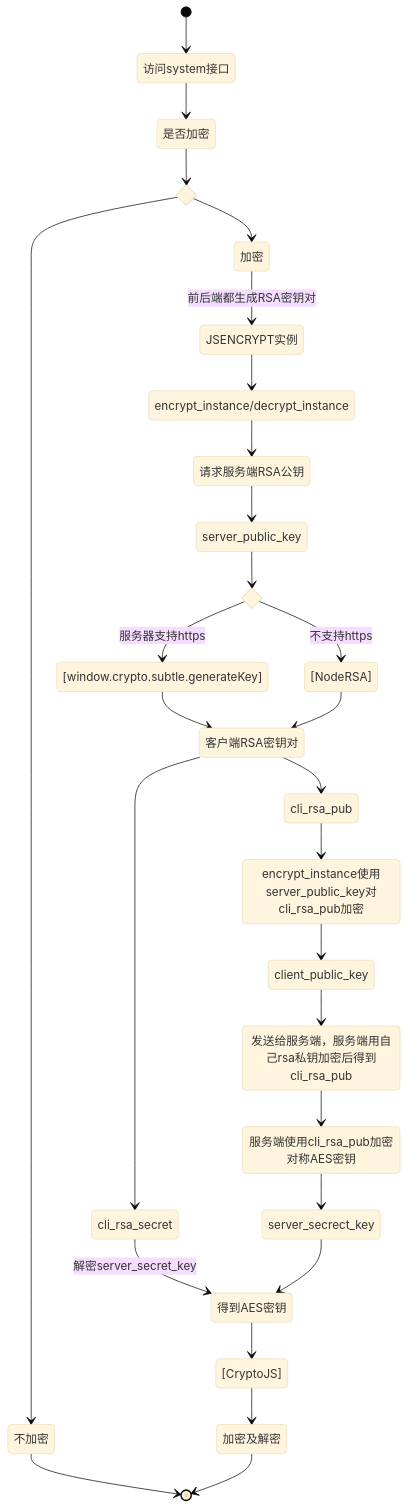
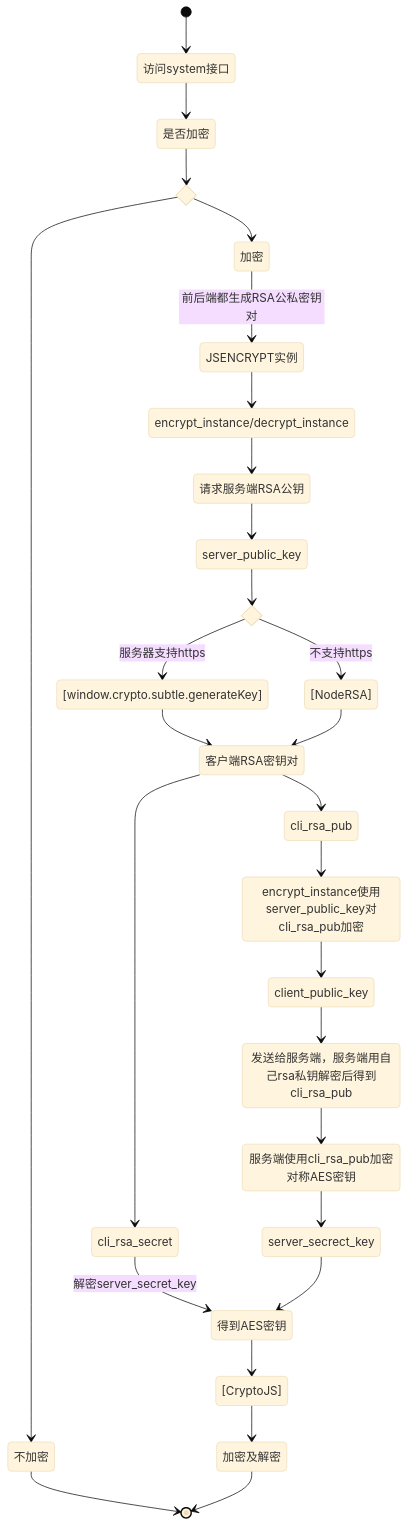
One commit to Tatekii/Siyn-s-Space changed the diagram in 面试/项目问题/通信加密.md. Above: the diagram before and after it, drawn with Mermaid (base theme). The commit also changed 1 other file, not shown here.

Commit message:
vault backup: 2025-03-10 11:37:24

````diff
--- a/面试/项目问题/通信加密.md
+++ b/面试/项目问题/通信加密.md
@@ -20,37 +20,37 @@
 ```mermaid
 stateDiagram-v2
 
 classDef CodeStyle Color:Blue
 state if_encrypt <<choice>>
 state if_https <<choice>>
 
 [*] --> 访问system接口
 访问system接口 --> 是否加密
 是否加密 --> if_encrypt
 if_encrypt--> 不加密
 不加密 --> [*]
 if_encrypt--> 加密
-加密 --> JSENCRYPT实例:前后端都生成RSA密钥对
+加密 --> JSENCRYPT实例:前后端都生成RSA公私密钥对
 JSENCRYPT实例 --> encrypt_instance/decrypt_instance
 encrypt_instance/decrypt_instance --> 请求服务端RSA公钥
 请求服务端RSA公钥 --> server_public_key
 server_public_key --> if_https
 if_https --> [window.crypto.subtle.generateKey]:服务器支持https
 if_https --> [NodeRSA]:不支持https
 [window.crypto.subtle.generateKey] --> 客户端RSA密钥对
 [NodeRSA]--> 客户端RSA密钥对
 客户端RSA密钥对 --> cli_rsa_pub
 客户端RSA密钥对 --> cli_rsa_secret
 
 cli_rsa_secret --> 得到AES密钥:解密server_secret_key
 
 cli_rsa_pub --> encrypt_instance使用server_public_key对cli_rsa_pub加密
 encrypt_instance使用server_public_key对cli_rsa_pub加密 --> client_public_key
-client_public_key --> 发送给服务端，服务端用自己rsa私钥加密后得到cli_rsa_pub
-发送给服务端，服务端用自己rsa私钥加密后得到cli_rsa_pub --> 服务端使用cli_rsa_pub加密对称AES密钥
+client_public_key --> 发送给服务端，服务端用自己rsa私钥解密后得到cli_rsa_pub
+发送给服务端，服务端用自己rsa私钥解密后得到cli_rsa_pub --> 服务端使用cli_rsa_pub加密对称AES密钥
 服务端使用cli_rsa_pub加密对称AES密钥 --> server_secrect_key
 server_secrect_key --> 得到AES密钥
 得到AES密钥 --> [CryptoJS]
 [CryptoJS] --> 加密及解密
 加密及解密 --> [*]
 ```
````
